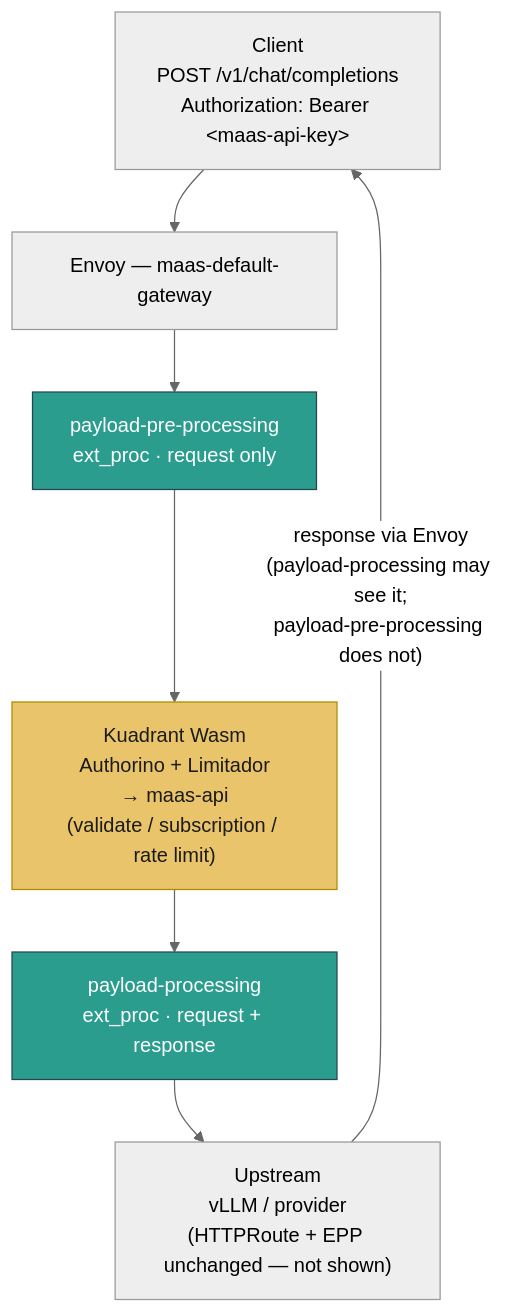
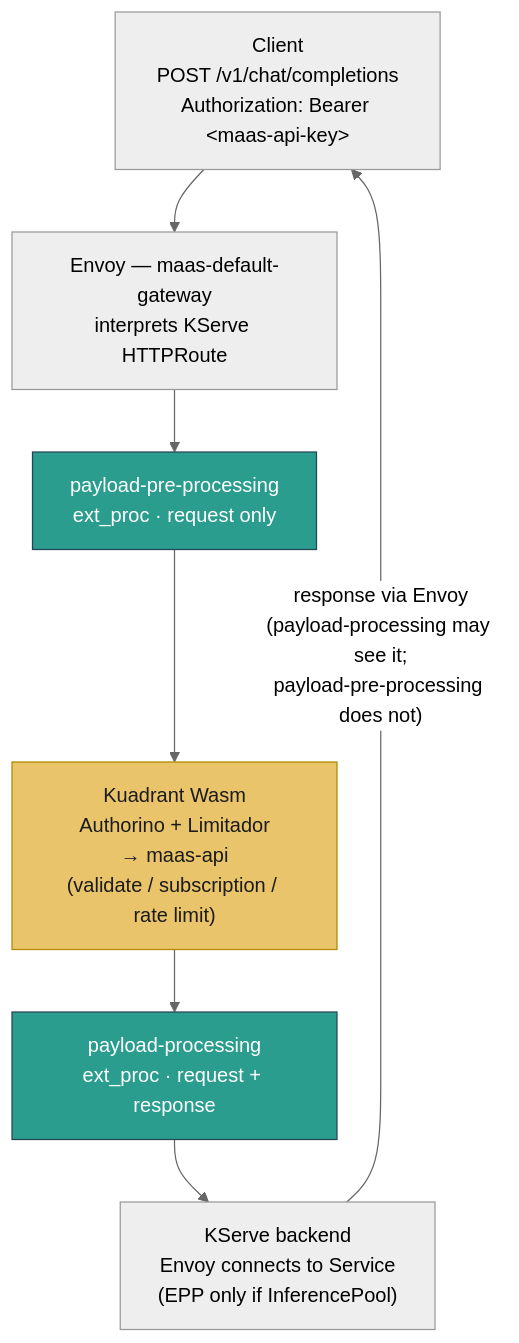
One commit to jland-redhat/ai-gateway-controller changed the second of 3 diagrams in docs/praxis-dataplane-evolution.md. Above: the diagram before and after it, drawn with Mermaid (neutral theme). The commit also changed other lines of this file, not shown here.

First line of the commit message:
docs: incorporate Gateway vs standard-mode dataplane notes

````diff
--- a/docs/praxis-dataplane-evolution.md
+++ b/docs/praxis-dataplane-evolution.md
@@ -81,18 +107,18 @@
 ```mermaid
 flowchart TB
   Client["Client<br/>POST /v1/chat/completions<br/>Authorization: Bearer &lt;maas-api-key&gt;"]
-  Envoy["Envoy — maas-default-gateway"]
+  Envoy["Envoy — maas-default-gateway<br/>interprets KServe HTTPRoute"]
 
   Pre["payload-pre-processing<br/>ext_proc · request only"]
   Auth["Kuadrant Wasm<br/>Authorino + Limitador<br/>→ maas-api<br/>(validate / subscription / rate limit)"]
   Full["payload-processing<br/>ext_proc · request + response"]
-  Upstream["Upstream<br/>vLLM / provider<br/>(HTTPRoute + EPP unchanged — not shown)"]
+  Upstream["KServe backend<br/>Envoy connects to Service<br/>(EPP only if InferencePool)"]
 
   Client --> Envoy --> Pre --> Auth --> Full --> Upstream
   Upstream -->|"response via Envoy<br/>(payload-processing may see it;<br/>payload-pre-processing does not)"| Client
 
   classDef praxis fill:#2a9d8f,stroke:#264653,color:#ffffff
   classDef kuadrant fill:#e9c46a,stroke:#b08900,color:#1b1b1b
   class Pre,Full praxis
   class Auth kuadrant
 ```
````
